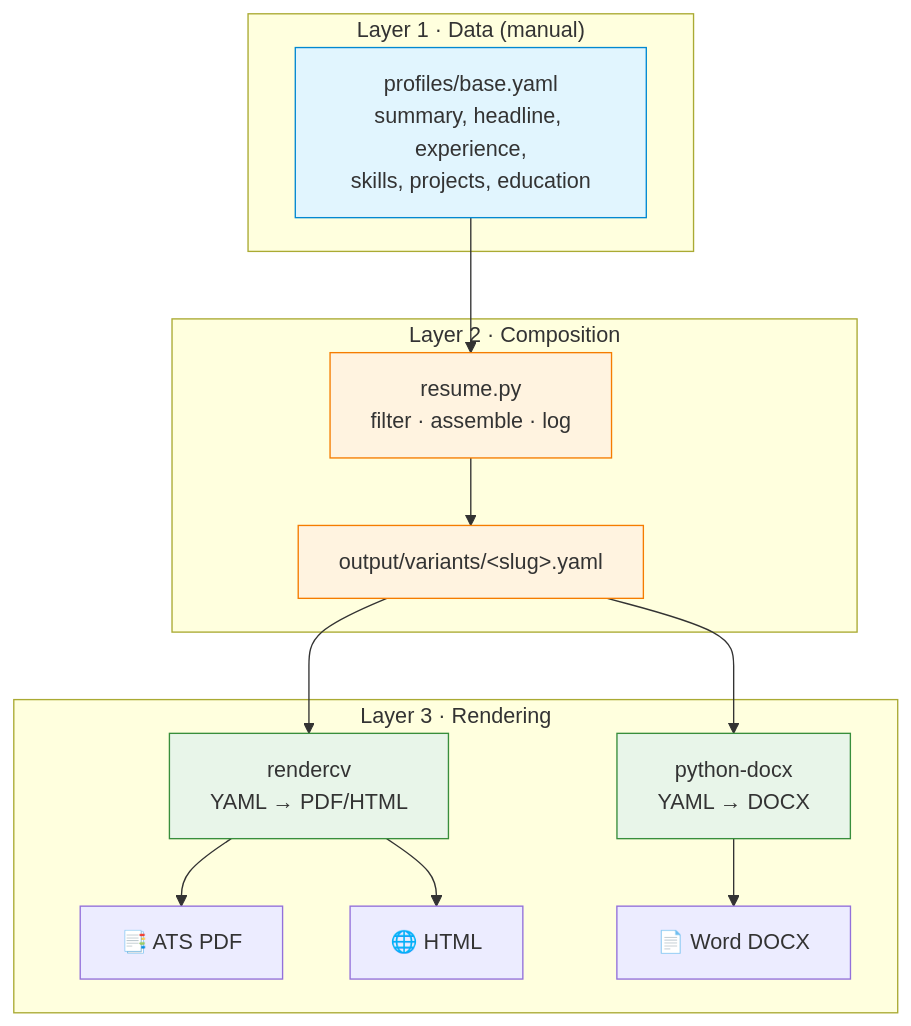
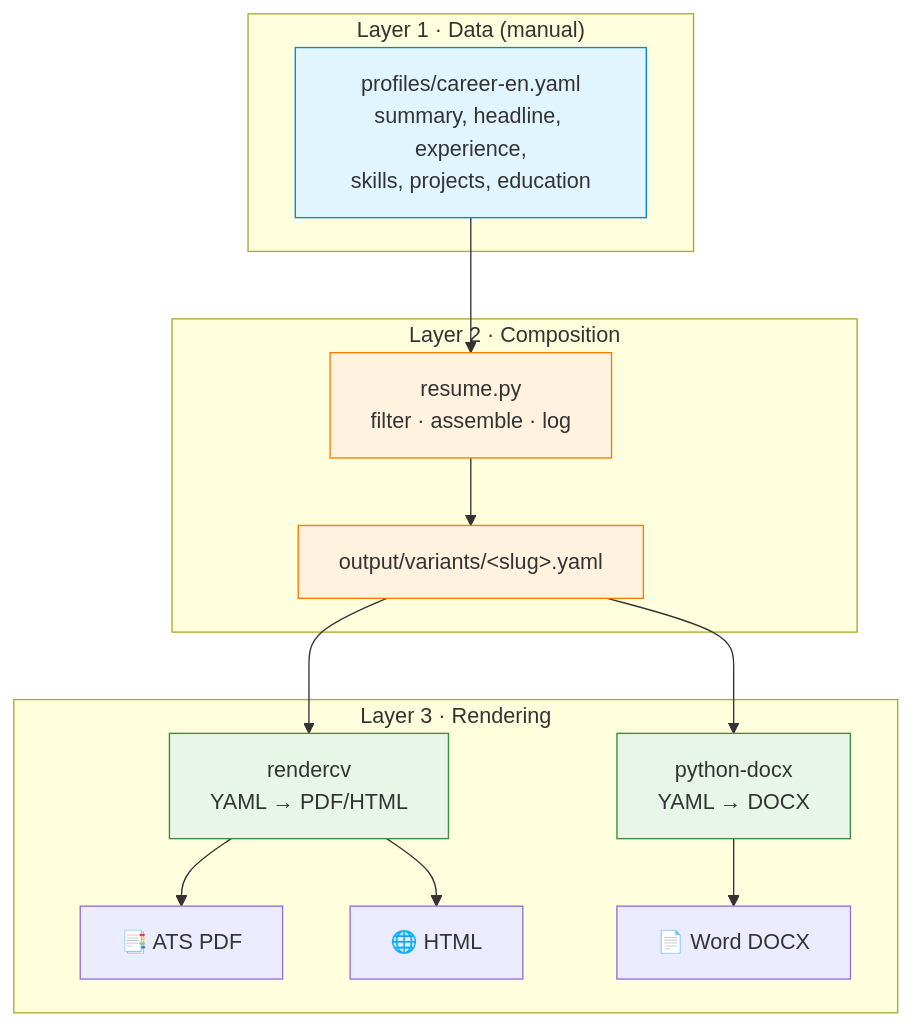
Before and after one commit to jxjwilliam/resume-generator: the first of 10 diagrams in docs/overview.md, drawn with Mermaid. The commit also changed other lines of this file and 35 other files, not shown here.

````diff
--- a/docs/overview.md
+++ b/docs/overview.md
@@ -13,32 +13,32 @@
 ```mermaid
 flowchart TB
     subgraph L1["Layer 1 · Data (manual)"]
-        BY["profiles/base.yaml<br/>summary, headline, experience,<br/>skills, projects, education"]
+        BY["profiles/career-en.yaml<br/>summary, headline, experience,<br/>skills, projects, education"]
         style BY fill:#e1f5fe,stroke:#0288d1
     end
 
     subgraph L2["Layer 2 · Composition"]
         RP["resume.py<br/>filter · assemble · log"]
         VY["output/variants/&lt;slug&gt;.yaml"]
         style RP fill:#fff3e0,stroke:#f57c00
         style VY fill:#fff3e0,stroke:#f57c00
     end
 
     subgraph L3["Layer 3 · Rendering"]
         RC["rendercv<br/>YAML → PDF/HTML"]
         DX["python-docx<br/>YAML → DOCX"]
         PDF["📑 ATS PDF"]
         HTML["🌐 HTML"]
         DOCX["📄 Word DOCX"]
         style RC fill:#e8f5e9,stroke:#388e3c
         style DX fill:#e8f5e9,stroke:#388e3c
     end
 
     BY --> RP
     RP --> VY
     VY --> RC
     VY --> DX
     RC --> PDF
     RC --> HTML
     DX --> DOCX
 ```
````
